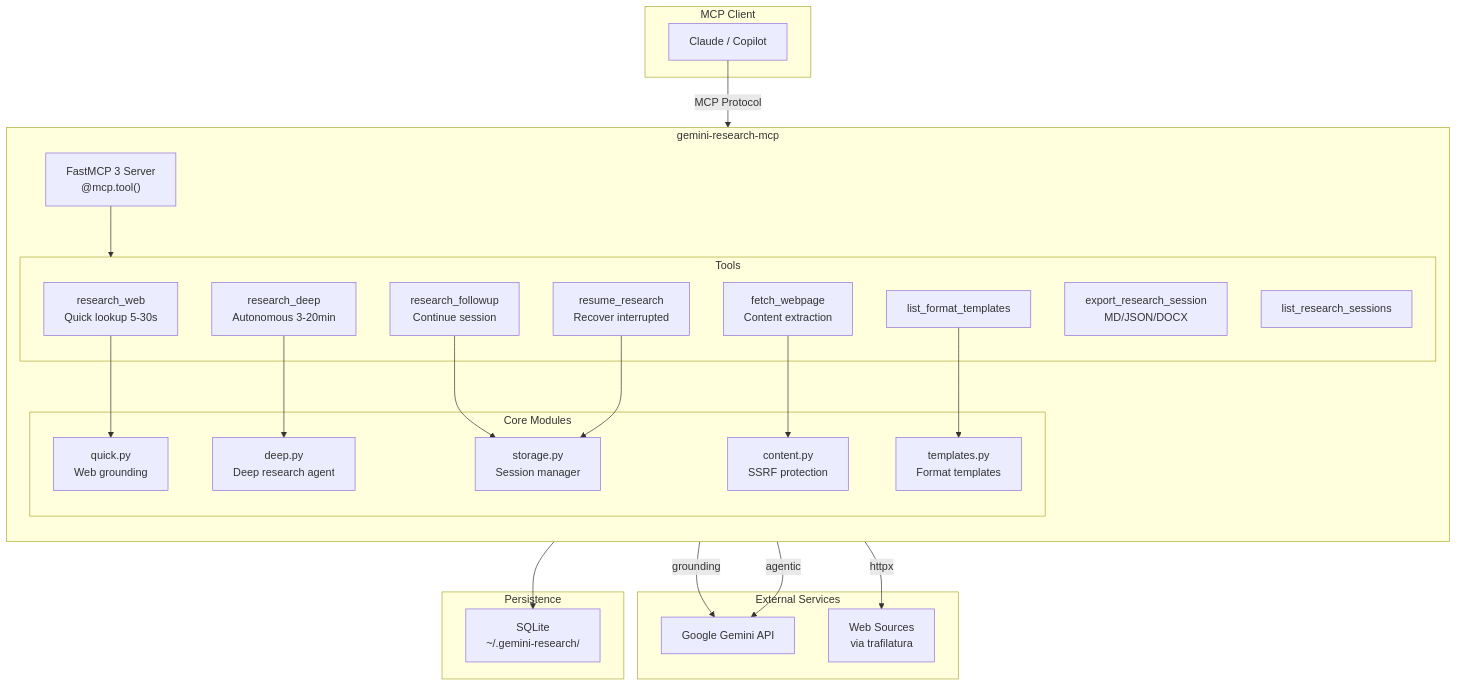
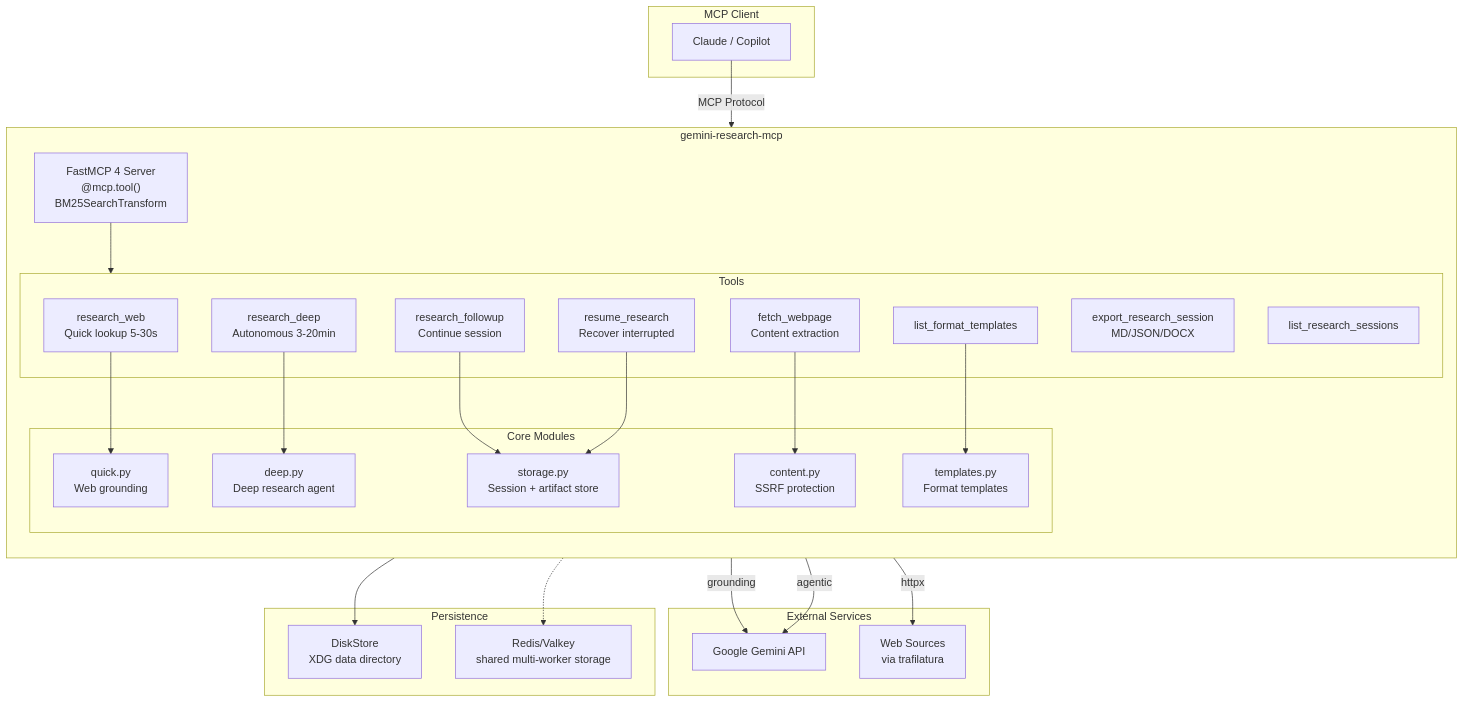
The diagram in README.md (fortaine/gemini-research-mcp), drawn with Mermaid before and after one commit. The commit also changed other lines of this file and 38 other files, not shown here.

First line of the commit message:
feat!: modernize server for FastMCP 4 beta

````diff
--- a/README.md
+++ b/README.md
@@ -18,54 +22,56 @@
 ```mermaid
 flowchart TB
     subgraph Client["MCP Client"]
         Claude["Claude / Copilot"]
     end
 
     subgraph Server["gemini-research-mcp"]
         direction TB
-        FastMCP["FastMCP 3 Server<br/>@mcp.tool()"]
+        FastMCP["FastMCP 4 Server<br/>@mcp.tool()<br/>BM25SearchTransform"]
         
         subgraph Tools["Tools"]
             RW["research_web<br/>Quick lookup 5-30s"]
             RD["research_deep<br/>Autonomous 3-20min"]
             RF["research_followup<br/>Continue session"]
             RR["resume_research<br/>Recover interrupted"]
             FW["fetch_webpage<br/>Content extraction"]
             EX["export_research_session<br/>MD/JSON/DOCX"]
             LS["list_research_sessions"]
             LT["list_format_templates"]
         end
 
         subgraph Modules["Core Modules"]
             Quick["quick.py<br/>Web grounding"]
             Deep["deep.py<br/>Deep research agent"]
             Content["content.py<br/>SSRF protection"]
-          StorageMod["storage.py<br/>Session manager"]
+            StorageMod["storage.py<br/>Session + artifact store"]
             Templates["templates.py<br/>Format templates"]
         end
     end
 
     subgraph External["External Services"]
         Gemini["Google Gemini API"]
         Web["Web Sources<br/>via trafilatura"]
     end
 
     subgraph Storage["Persistence"]
-        SQLite["SQLite<br/>~/.gemini-research/"]
+        Disk["DiskStore<br/>XDG data directory"]
+        Redis["Redis/Valkey<br/>shared multi-worker storage"]
     end
 
     Claude -->|"MCP Protocol"| FastMCP
     FastMCP --> Tools
     
     RW --> Quick
     RD --> Deep
     RF --> StorageMod
     RR --> StorageMod
     FW --> Content
     LT --> Templates
     
     Quick -->|"grounding"| Gemini
     Deep -->|"agentic"| Gemini
     Content -->|"httpx"| Web
-    StorageMod --> SQLite
+    StorageMod --> Disk
+    StorageMod -.-> Redis
 ```
````
